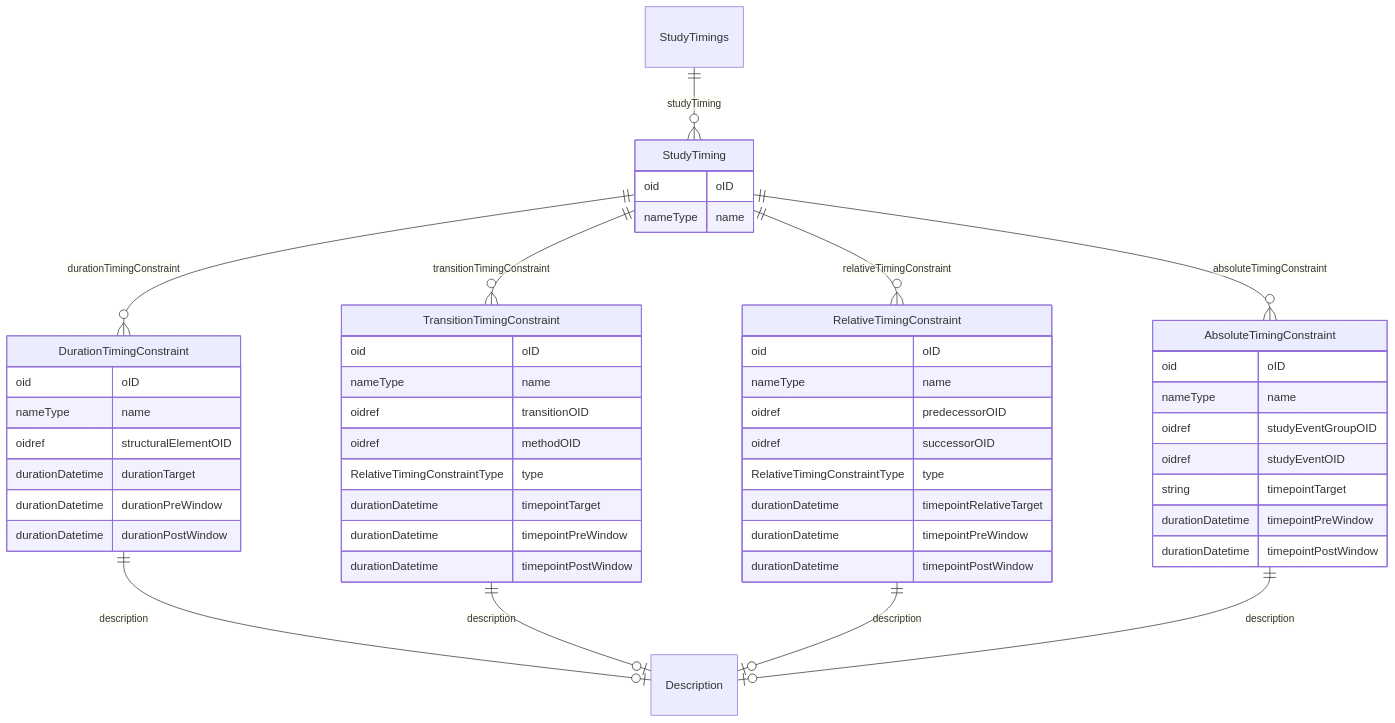
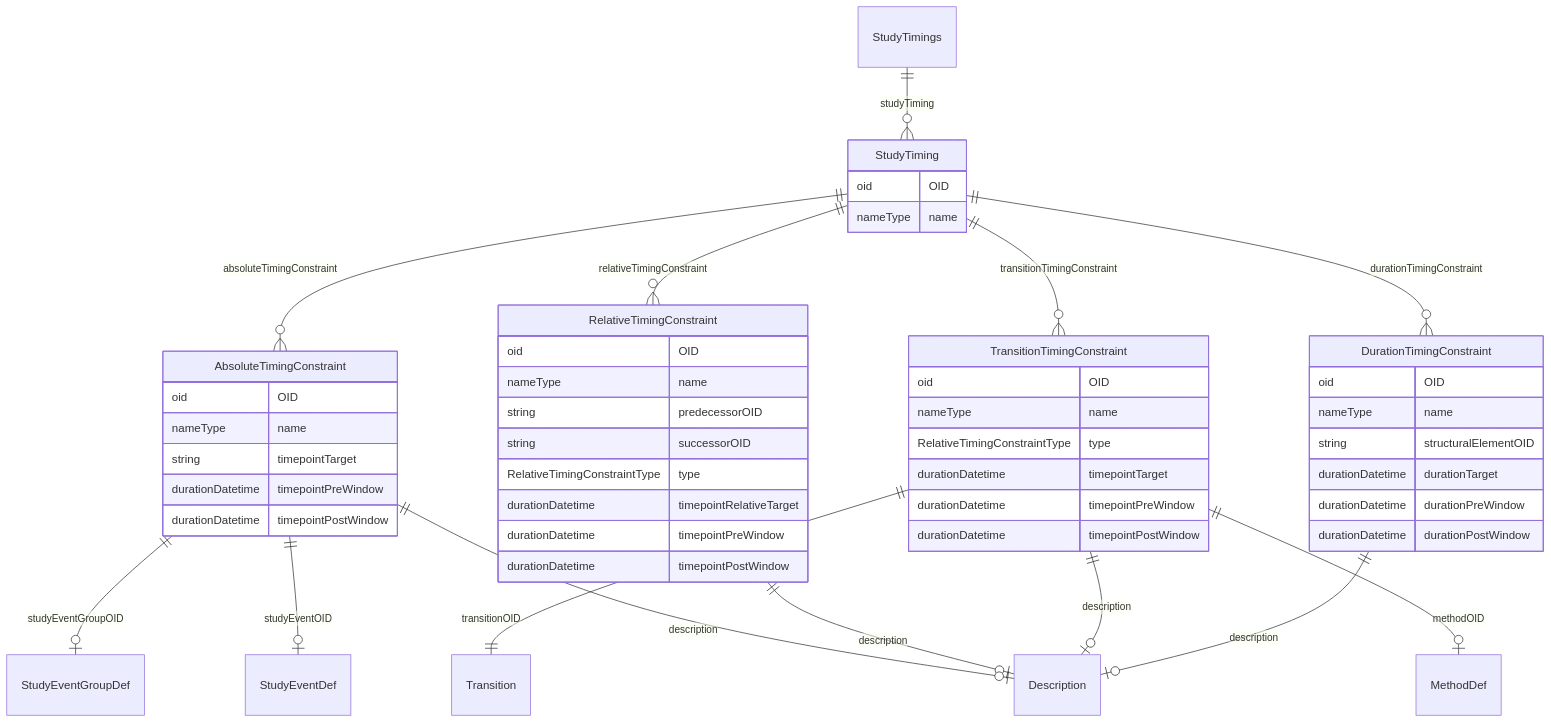
The diagram in docs/StudyTimings.md (cdisc-org/DataExchange-ODM-LinkML), drawn with Mermaid before and after one commit. The commit also changed other lines of this file and 338 other files, not shown here.

````diff
--- a/docs/StudyTimings.md
+++ b/docs/StudyTimings.md
@@ -11,58 +11,58 @@
 ```mermaid
 erDiagram
 StudyTimings {
 
 }
 StudyTiming {
-    oid oID  
+    oid OID  
     nameType name  
 }
 DurationTimingConstraint {
-    oid oID  
+    oid OID  
     nameType name  
-    oidref structuralElementOID  
+    string structuralElementOID  
     durationDatetime durationTarget  
     durationDatetime durationPreWindow  
     durationDatetime durationPostWindow  
 }
 TransitionTimingConstraint {
-    oid oID  
+    oid OID  
     nameType name  
-    oidref transitionOID  
-    oidref methodOID  
     RelativeTimingConstraintType type  
     durationDatetime timepointTarget  
     durationDatetime timepointPreWindow  
     durationDatetime timepointPostWindow  
 }
 RelativeTimingConstraint {
-    oid oID  
+    oid OID  
     nameType name  
-    oidref predecessorOID  
-    oidref successorOID  
+    string predecessorOID  
+    string successorOID  
     RelativeTimingConstraintType type  
     durationDatetime timepointRelativeTarget  
     durationDatetime timepointPreWindow  
     durationDatetime timepointPostWindow  
 }
 AbsoluteTimingConstraint {
-    oid oID  
+    oid OID  
     nameType name  
-    oidref studyEventGroupOID  
-    oidref studyEventOID  
     string timepointTarget  
     durationDatetime timepointPreWindow  
     durationDatetime timepointPostWindow  
 }
 
 StudyTimings ||--}o StudyTiming : "studyTiming"
 StudyTiming ||--}o AbsoluteTimingConstraint : "absoluteTimingConstraint"
 StudyTiming ||--}o RelativeTimingConstraint : "relativeTimingConstraint"
 StudyTiming ||--}o TransitionTimingConstraint : "transitionTimingConstraint"
 StudyTiming ||--}o DurationTimingConstraint : "durationTimingConstraint"
 DurationTimingConstraint ||--|o Description : "description"
+TransitionTimingConstraint ||--|| Transition : "transitionOID"
+TransitionTimingConstraint ||--|o MethodDef : "methodOID"
 TransitionTimingConstraint ||--|o Description : "description"
 RelativeTimingConstraint ||--|o Description : "description"
+AbsoluteTimingConstraint ||--|o StudyEventGroupDef : "studyEventGroupOID"
+AbsoluteTimingConstraint ||--|o StudyEventDef : "studyEventOID"
 AbsoluteTimingConstraint ||--|o Description : "description"
 
 ```
````
